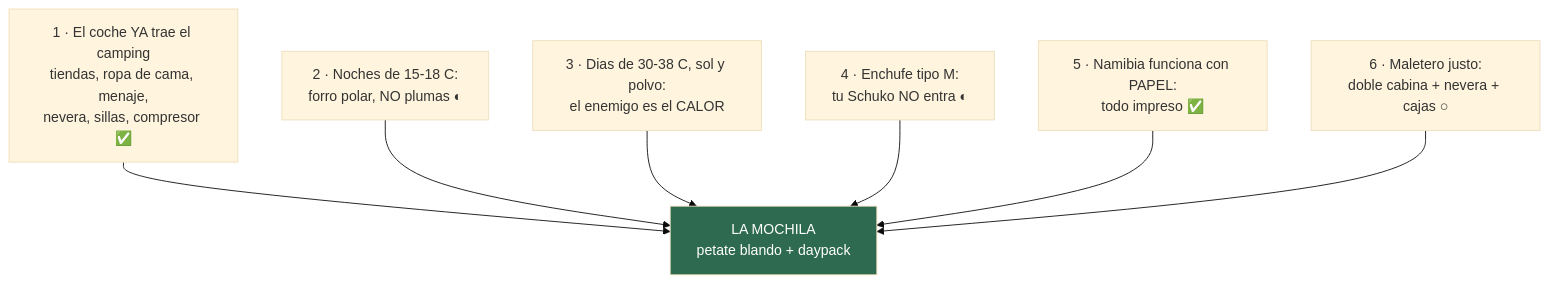
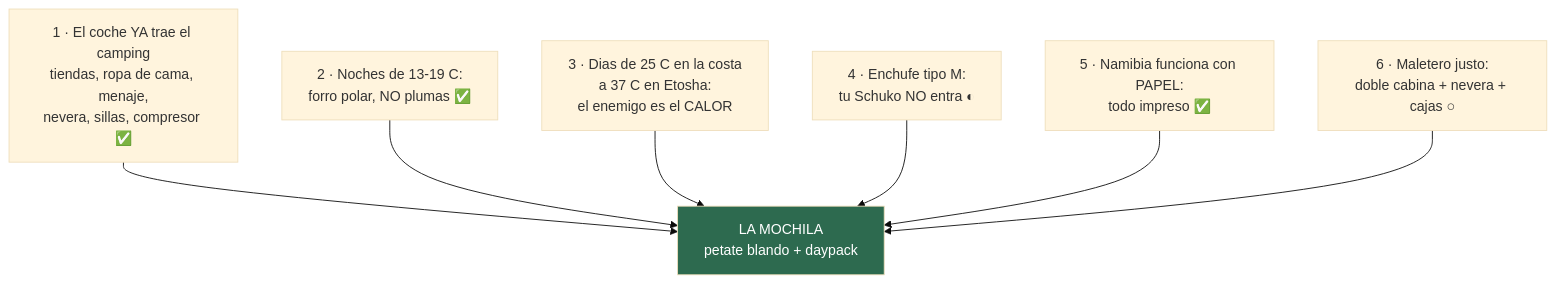
One commit to morandeirachema/namibia changed the diagram in 14-equipaje.md. Above: the diagram before and after it, drawn with Mermaid (base theme). The commit also changed other lines of this file and 4 other files, not shown here.

````diff
--- a/14-equipaje.md
+++ b/14-equipaje.md
@@ -11,10 +11,10 @@
 ```mermaid
 flowchart TD
     R1["1 · El coche YA trae el camping<br/>tiendas, ropa de cama, menaje,<br/>nevera, sillas, compresor ✅"] --> M["LA MOCHILA<br/>petate blando + daypack"]
-    R2["2 · Noches de 15-18 C:<br/>forro polar, NO plumas ◐"] --> M
-    R3["3 · Dias de 30-38 C, sol y polvo:<br/>el enemigo es el CALOR"] --> M
+    R2["2 · Noches de 13-19 C:<br/>forro polar, NO plumas ✅"] --> M
+    R3["3 · Dias de 25 C en la costa<br/>a 37 C en Etosha:<br/>el enemigo es el CALOR"] --> M
     R4["4 · Enchufe tipo M:<br/>tu Schuko NO entra ◐"] --> M
     R5["5 · Namibia funciona con PAPEL:<br/>todo impreso ✅"] --> M
     R6["6 · Maletero justo:<br/>doble cabina + nevera + cajas ○"] --> M
     style M fill:#2d6a4f,color:#fff
 ```
````
